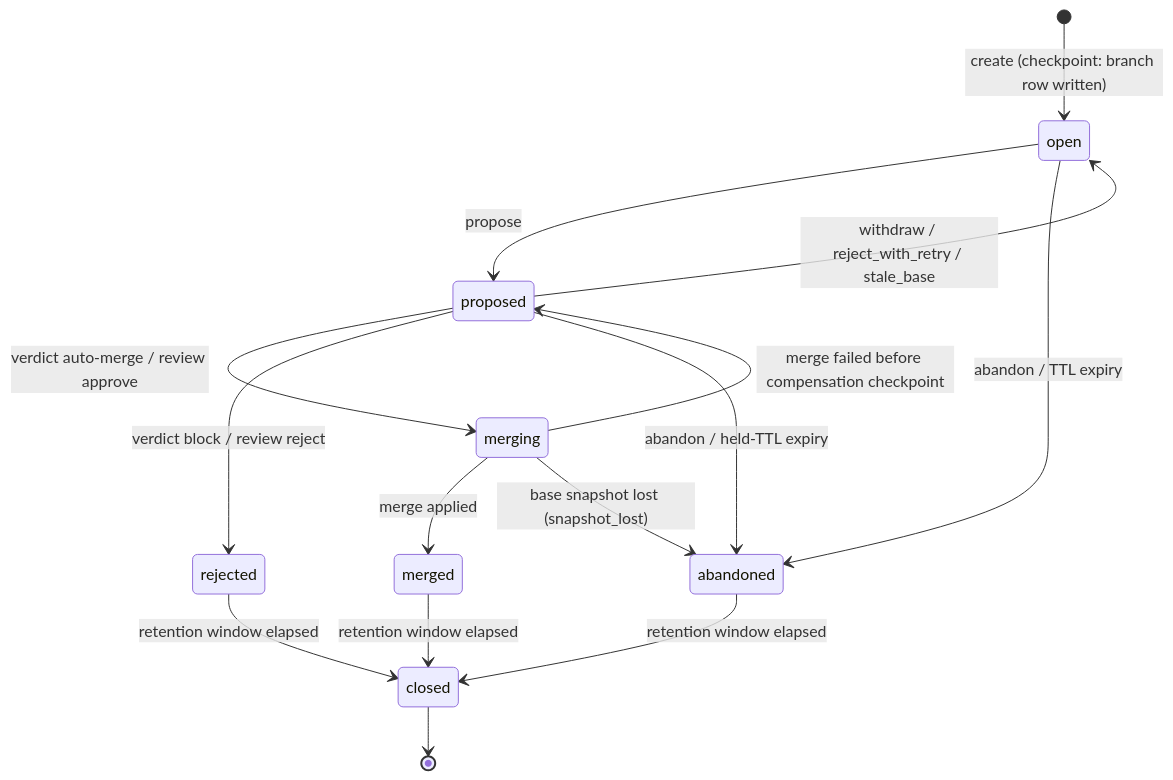
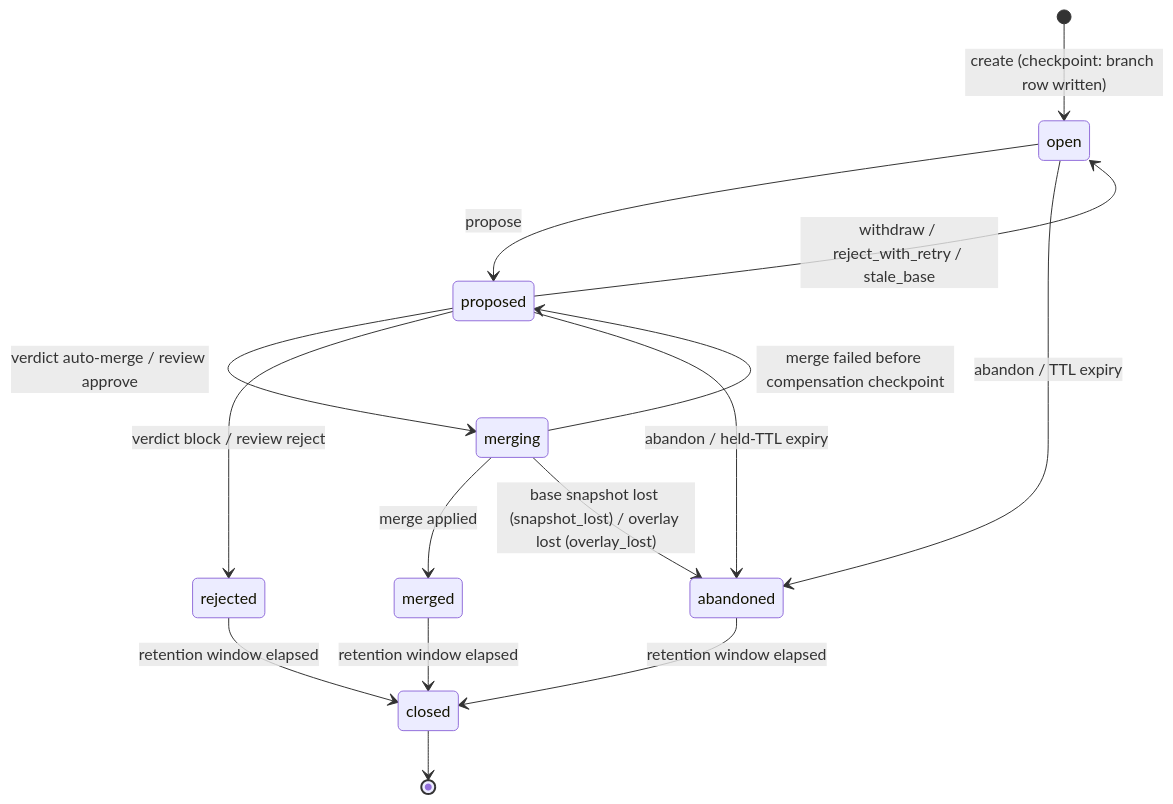
Before and after one commit to sunprema/steward: the first of 7 diagrams in docs/20-contracts/13-branch-and-merge-lifecycle.md, drawn with Mermaid. The commit also changed other lines of this file and 13 other files, not shown here.

First line of the commit message:
Reconcile operations documents and roadmap with the rest

````diff
--- a/docs/20-contracts/13-branch-and-merge-lifecycle.md
+++ b/docs/20-contracts/13-branch-and-merge-lifecycle.md
@@ -17,17 +17,17 @@
 ```mermaid
 stateDiagram-v2
     [*] --> open : create (checkpoint: branch row written)
     open --> proposed : propose
     open --> abandoned : abandon / TTL expiry
     proposed --> open : withdraw / reject_with_retry / stale_base
     proposed --> merging : verdict auto-merge / review approve
     proposed --> rejected : verdict block / review reject
     proposed --> abandoned : abandon / held-TTL expiry
     merging --> merged : merge applied
     merging --> proposed : merge failed before compensation checkpoint
-    merging --> abandoned : base snapshot lost (snapshot_lost)
+    merging --> abandoned : base snapshot lost (snapshot_lost) / overlay lost (overlay_lost)
     merged --> closed : retention window elapsed
     rejected --> closed : retention window elapsed
     abandoned --> closed : retention window elapsed
     closed --> [*]
 ```
````
